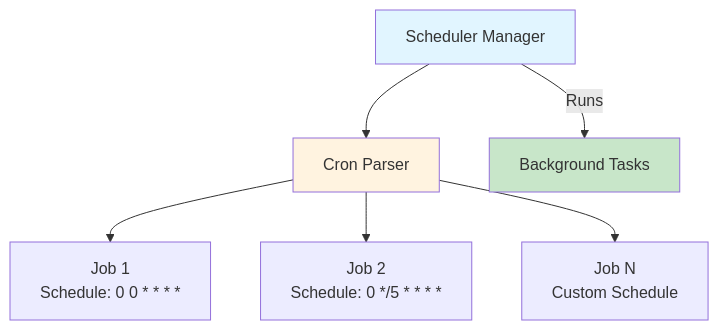
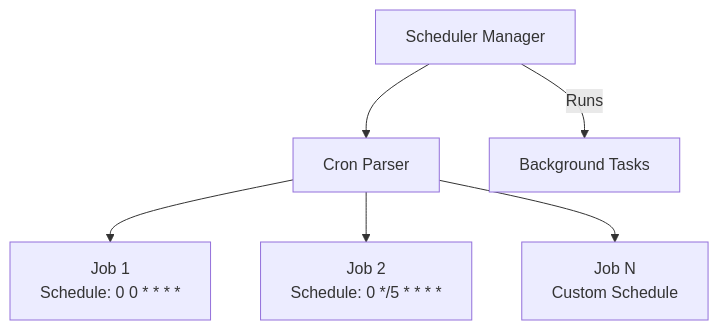
One commit to gurkanfikretgunak/masterfabric_serverpod changed the eighth of 9 diagrams in README.md. Above: the diagram before and after it, drawn with Mermaid. The commit also changed other lines of this file, not shown here.

Commit message:
refactor(README): remove style definitions from diagrams for cleaner presentation

````diff
--- a/README.md
+++ b/README.md
@@ -336,13 +305,9 @@
 ```mermaid
 graph TD
     Scheduler[Scheduler Manager] --> CronParser[Cron Parser]
     CronParser --> Job1[Job 1<br/>Schedule: 0 0 * * * *]
     CronParser --> Job2[Job 2<br/>Schedule: 0 */5 * * * *]
     CronParser --> JobN[Job N<br/>Custom Schedule]
     
     Scheduler -->|Runs| BackgroundTasks[Background Tasks]
-    
-    style Scheduler fill:#e1f5ff
-    style CronParser fill:#fff3e0
-    style BackgroundTasks fill:#c8e6c9
 ```
````
